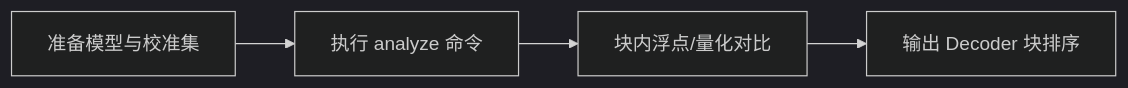
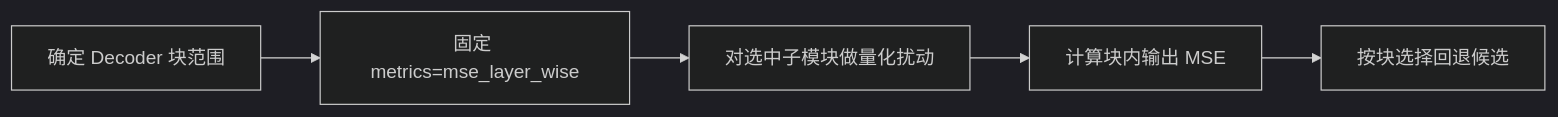
Before and after one commit to mindstudio-docs/master: the diagram in msmodelslim/docs/zh/knowledge_base/quantization_algorithms/mse_layer_wise/usage_mse_layer_wise.md, drawn with Mermaid (dark theme). The commit also changed other lines of this file and 73 other files, not shown here.

````diff
--- a/msmodelslim/docs/zh/knowledge_base/quantization_algorithms/mse_layer_wise/usage_mse_layer_wise.md
+++ b/msmodelslim/docs/zh/knowledge_base/quantization_algorithms/mse_layer_wise/usage_mse_layer_wise.md
@@ -41,6 +23,7 @@
 ```mermaid
 flowchart LR
-    A[准备模型与校准集] --> B[执行 analyze 命令]
-    B --> C[块内浮点/量化对比]
-    C --> D[输出 Decoder 块排序]
+    A[确定 Decoder 块范围] --> B[固定 metrics=mse_layer_wise]
+    B[固定 metrics=mse_layer_wise] --> C[对选中子模块做量化扰动]
+    C[对选中子模块做量化扰动] --> D[计算块内输出 MSE]
+    D[计算块内输出 MSE] --> E[按块选择回退候选]
 ```
````
